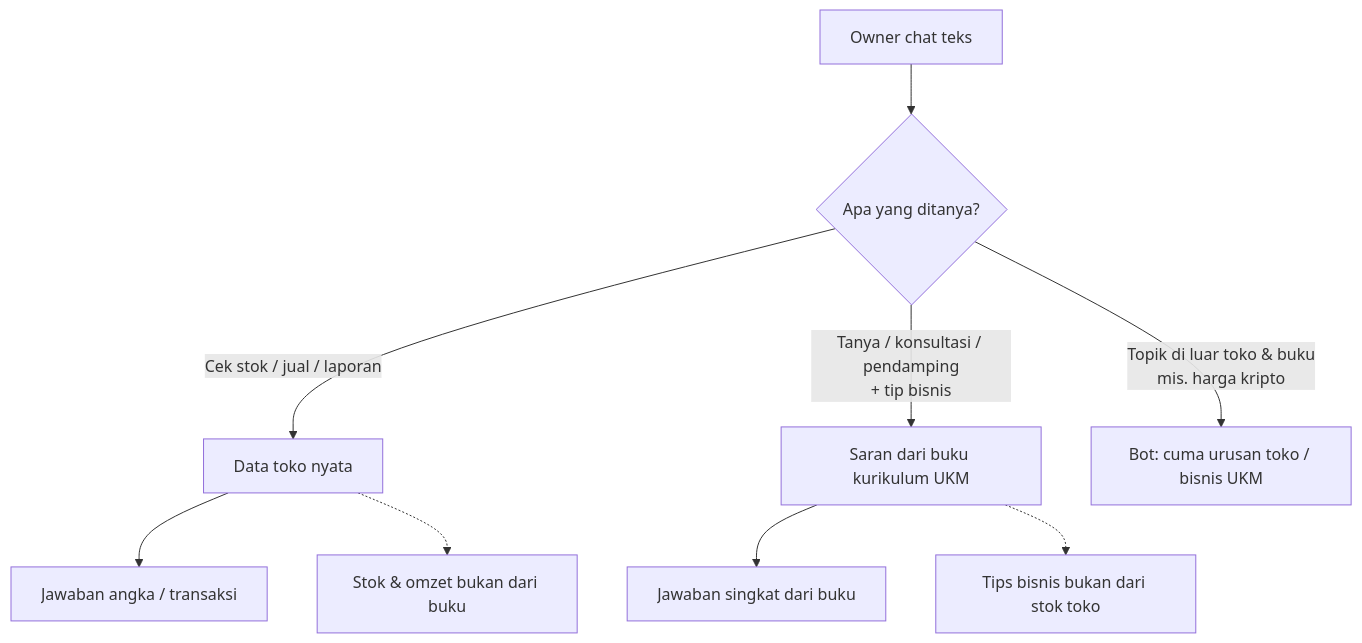
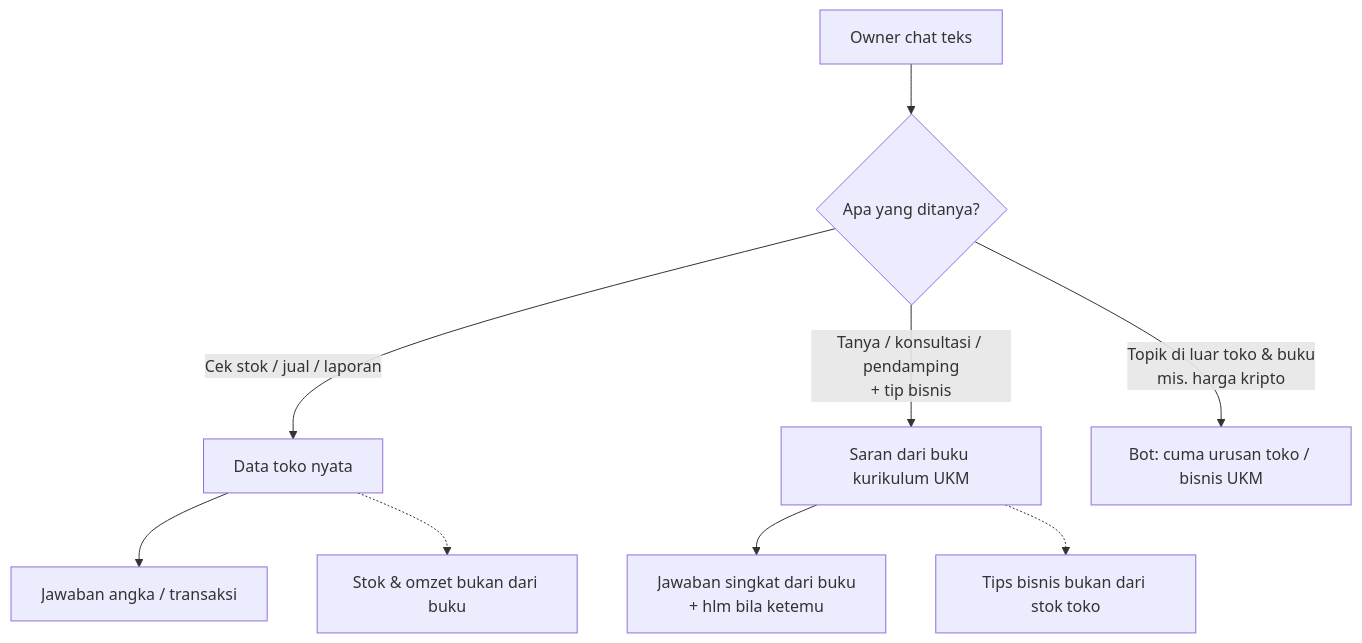
The diagram in diagrams/aistudio/umkm-wa/business/L0d-tanya-kurikulum.mmd (nusantarasoft/juragan-aibuilder-cup), drawn with Mermaid before and after one commit. The commit also changed 23 other files, not shown here.

```diff
--- a/diagrams/aistudio/umkm-wa/business/L0d-tanya-kurikulum.mmd
+++ b/diagrams/aistudio/umkm-wa/business/L0d-tanya-kurikulum.mmd
@@ -1,13 +1,13 @@
 %% Owner: tips buku vs angka toko (sales / pitch — no eng jargon)
 flowchart TB
   O[Owner chat teks] --> Q{Apa yang ditanya?}
   Q -->|Cek stok / jual / laporan| T[Data toko nyata]
   Q -->|Tanya / konsultasi / pendamping<br/>+ tip bisnis| B[Saran dari buku kurikulum UKM]
   T --> R1[Jawaban angka / transaksi]
-  B --> R2[Jawaban singkat dari buku]
+  B --> R2[Jawaban singkat dari buku<br/>+ hlm bila ketemu]
   Q -->|Topik di luar toko & buku<br/>mis. harga kripto| X[Bot: cuma urusan toko / bisnis UKM]
 
   note1[Stok & omzet bukan dari buku]
   note2[Tips bisnis bukan dari stok toko]
   T -.-> note1
   B -.-> note2
```
